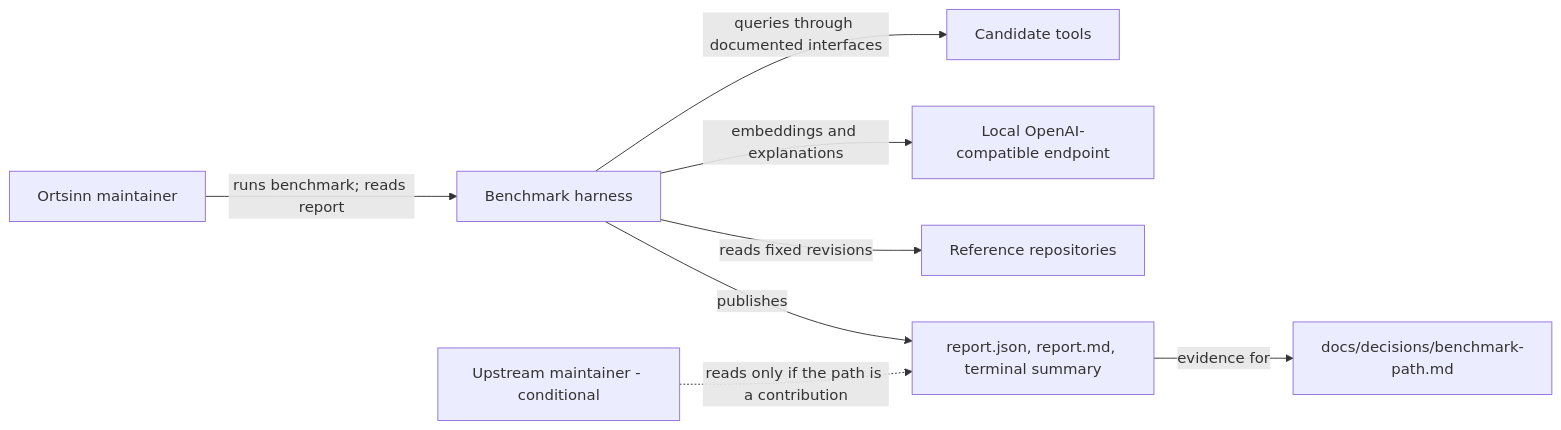
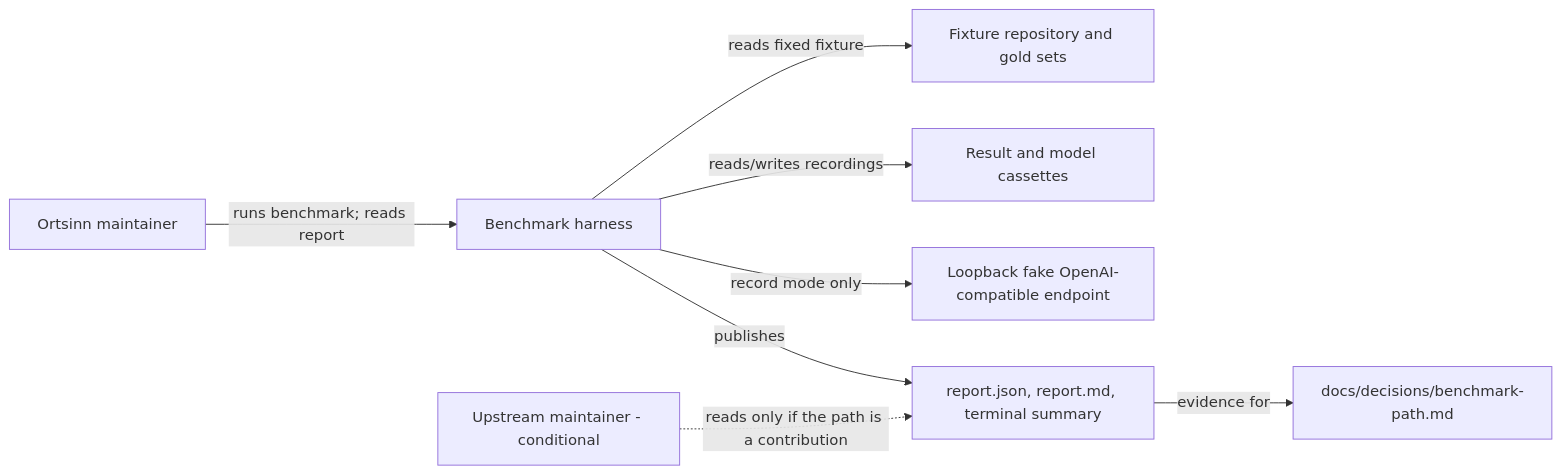
One commit to kressnerd/ortsinn changed the first of 2 diagrams in docs/arc42/03-context-and-scope.md. Above: the diagram before and after it, drawn with Mermaid. The commit also changed other lines of this file and 29 other files, not shown here.

First line of the commit message:
docs(benchmark): record the fixture split and hardened review

````diff
--- a/docs/arc42/03-context-and-scope.md
+++ b/docs/arc42/03-context-and-scope.md
@@ -10,10 +15,10 @@
 ```mermaid
 flowchart LR
     M[Ortsinn maintainer] -->|runs benchmark; reads report| B[Benchmark harness]
-    B -->|queries through documented interfaces| C[Candidate tools]
-    B -->|embeddings and explanations| E[Local OpenAI-compatible endpoint]
-    B -->|reads fixed revisions| R[Reference repositories]
+    B -->|reads fixed fixture| F[Fixture repository and gold sets]
+    B -->|reads/writes recordings| C[Result and model cassettes]
+    B -->|record mode only| E[Loopback fake OpenAI-compatible endpoint]
     B -->|publishes| P[report.json, report.md, terminal summary]
     U[Upstream maintainer - conditional] -.->|reads only if the path is a contribution| P
     P -->|evidence for| D[docs/decisions/benchmark-path.md]
 ```
````
